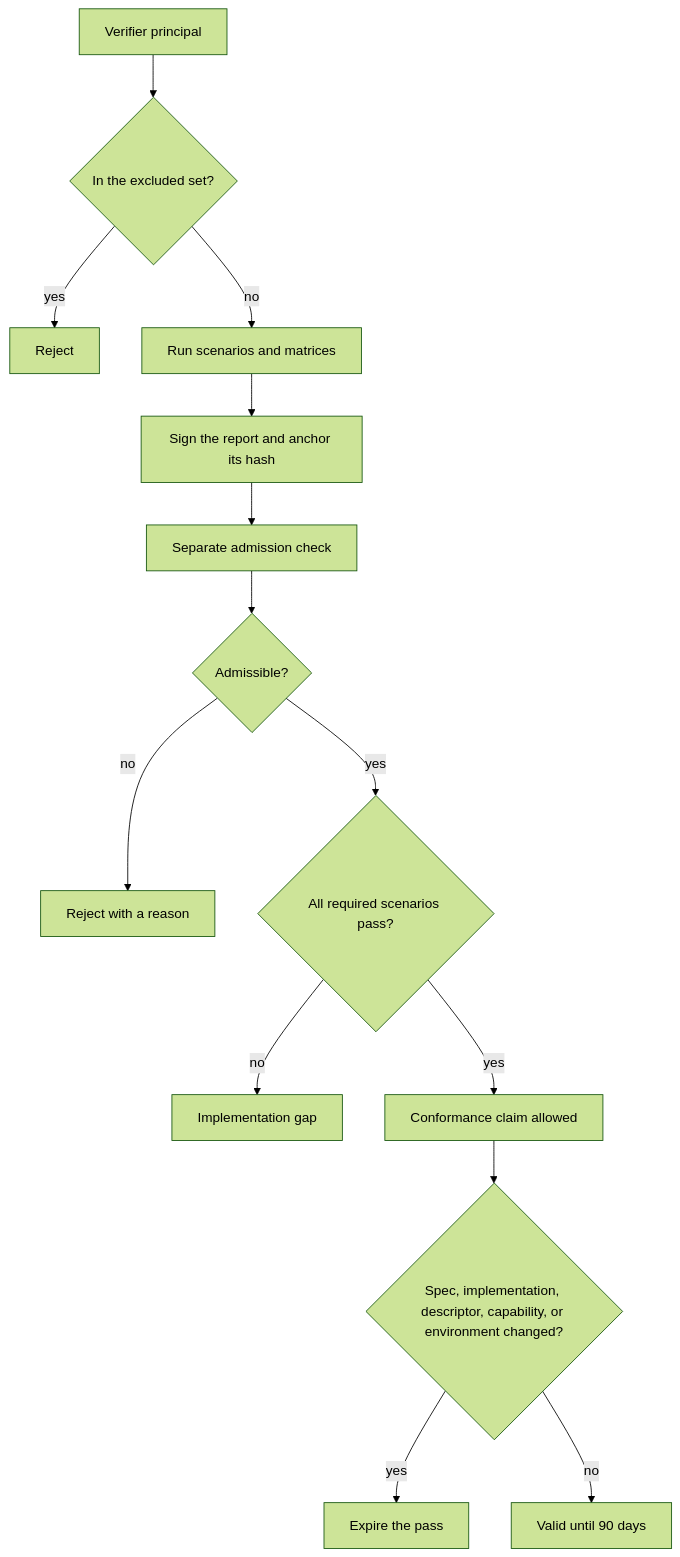
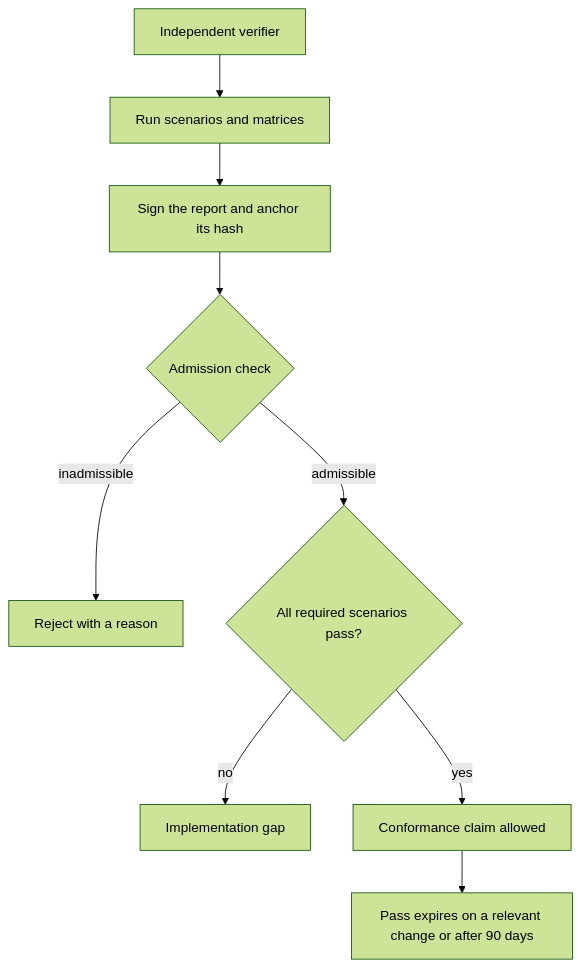
One commit to piton-lang/factory changed the diagram in docs/github/guides/conformance.md. Above: the diagram before and after it, drawn with Mermaid (forest theme). The commit also changed other lines of this file and 37 other files, not shown here.

````diff
--- a/docs/github/guides/conformance.md
+++ b/docs/github/guides/conformance.md
@@ -7,16 +12,11 @@
 ```mermaid
 flowchart TD
-    A["Verifier principal"] --> B{"In the excluded set?"}
-    B -->|yes| C["Reject"]
-    B -->|no| D["Run scenarios and matrices"]
-    D --> E["Sign the report and anchor its hash"]
-    E --> F["Separate admission check"]
-    F --> G{"Admissible?"}
-    G -->|no| H["Reject with a reason"]
-    G -->|yes| I{"All required scenarios pass?"}
-    I -->|no| J["Implementation gap"]
-    I -->|yes| K["Conformance claim allowed"]
-    K --> L{"Spec, implementation, descriptor, capability, or environment changed?"}
-    L -->|yes| M["Expire the pass"]
-    L -->|no| N["Valid until 90 days"]
+    A["Independent verifier"] --> B["Run scenarios and matrices"]
+    B --> C["Sign the report and anchor its hash"]
+    C --> D{"Admission check"}
+    D -->|inadmissible| E["Reject with a reason"]
+    D -->|admissible| F{"All required scenarios pass?"}
+    F -->|no| G["Implementation gap"]
+    F -->|yes| H["Conformance claim allowed"]
+    H --> I["Pass expires on a relevant change or after 90 days"]
 ```
````
